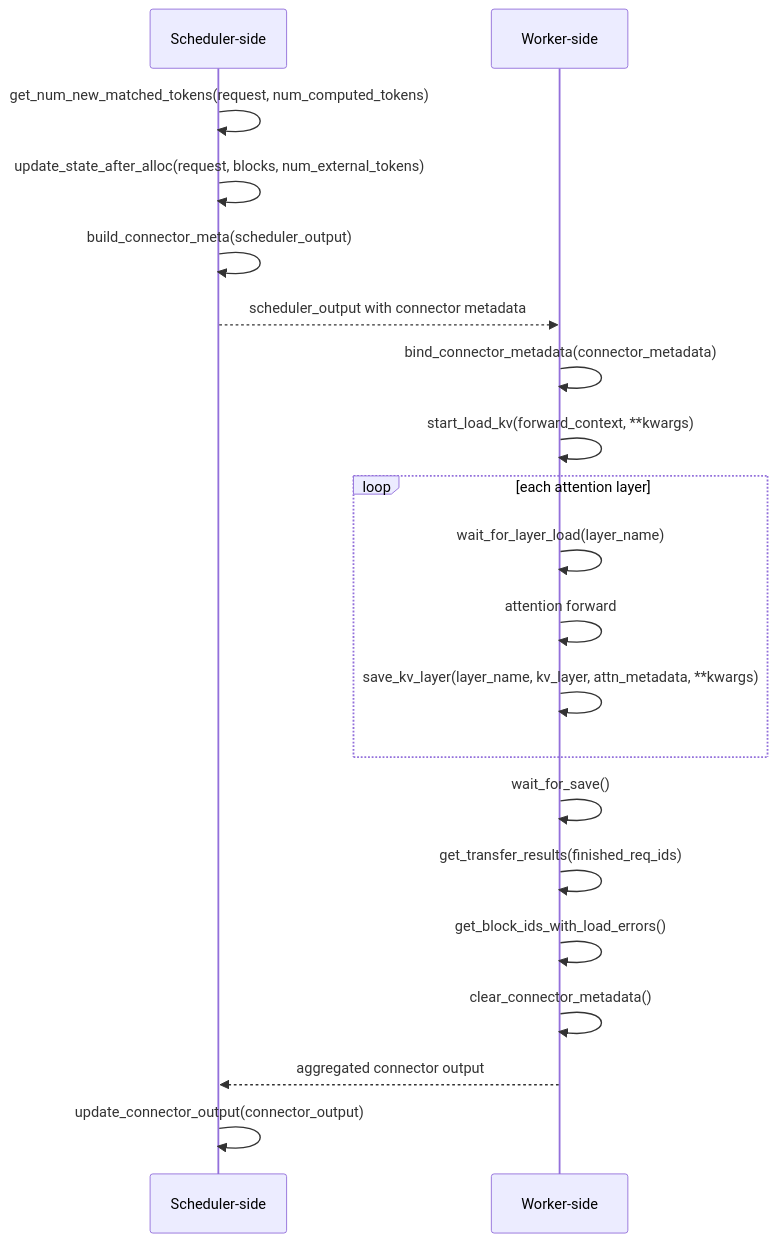
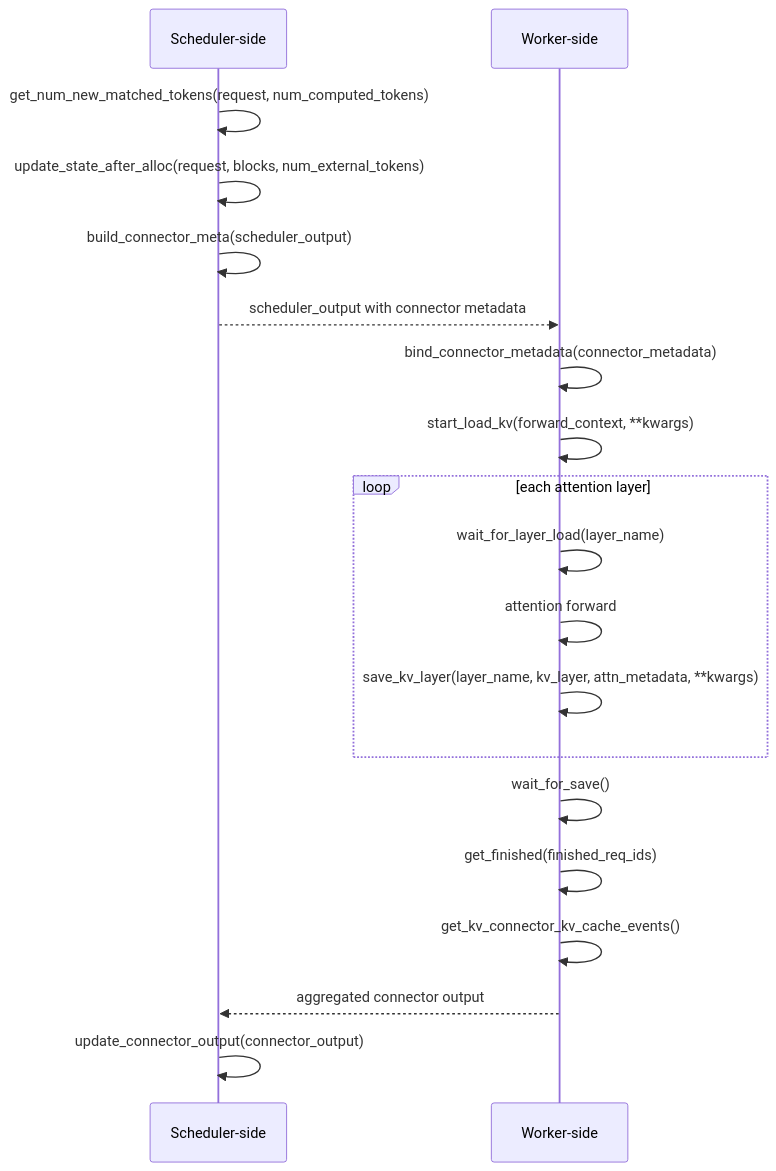
One commit to Dami-wq-k03/nano-lmcache changed the diagram in docs/vllm-nano-lmcache-connector.md. Above: the diagram before and after it, drawn with Mermaid. The commit also changed other lines of this file and 2 other files, not shown here.

Commit message:
fix: simplify nano-lmcache connector execution process

````diff
--- a/docs/vllm-nano-lmcache-connector.md
+++ b/docs/vllm-nano-lmcache-connector.md
@@ -19,23 +19,22 @@
 ```mermaid
 sequenceDiagram
     participant S as Scheduler-side
     participant W as Worker-side
 
     S->>S: get_num_new_matched_tokens(request, num_computed_tokens)
     S->>S: update_state_after_alloc(request, blocks, num_external_tokens)
     S->>S: build_connector_meta(scheduler_output)
     S-->>W: scheduler_output with connector metadata
     W->>W: bind_connector_metadata(connector_metadata)
     W->>W: start_load_kv(forward_context, **kwargs)
     loop each attention layer
         W->>W: wait_for_layer_load(layer_name)
         W->>W: attention forward
         W->>W: save_kv_layer(layer_name, kv_layer, attn_metadata, **kwargs)
     end
     W->>W: wait_for_save()
-    W->>W: get_transfer_results(finished_req_ids)
-    W->>W: get_block_ids_with_load_errors()
-    W->>W: clear_connector_metadata()
+    W->>W: get_finished(finished_req_ids)
+    W->>W: get_kv_connector_kv_cache_events()
     W-->>S: aggregated connector output
     S->>S: update_connector_output(connector_output)
 ```
````
